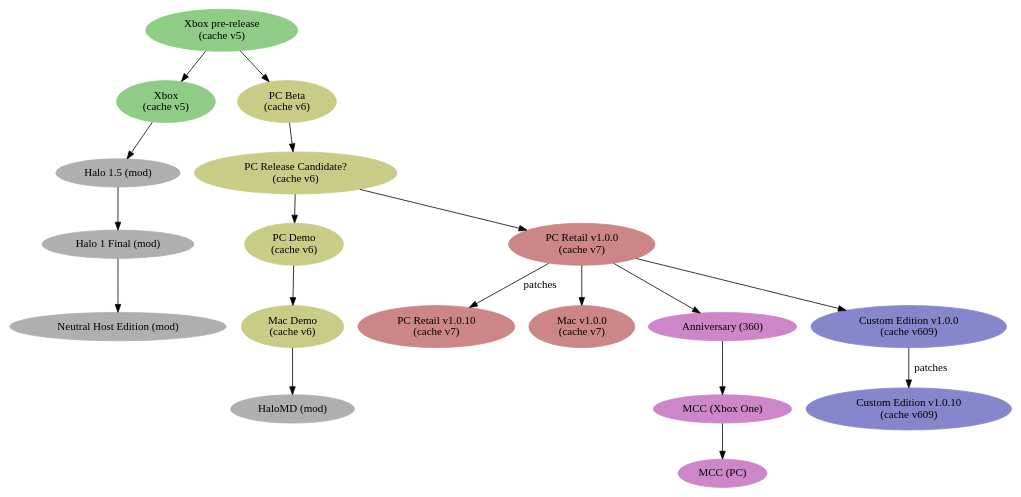
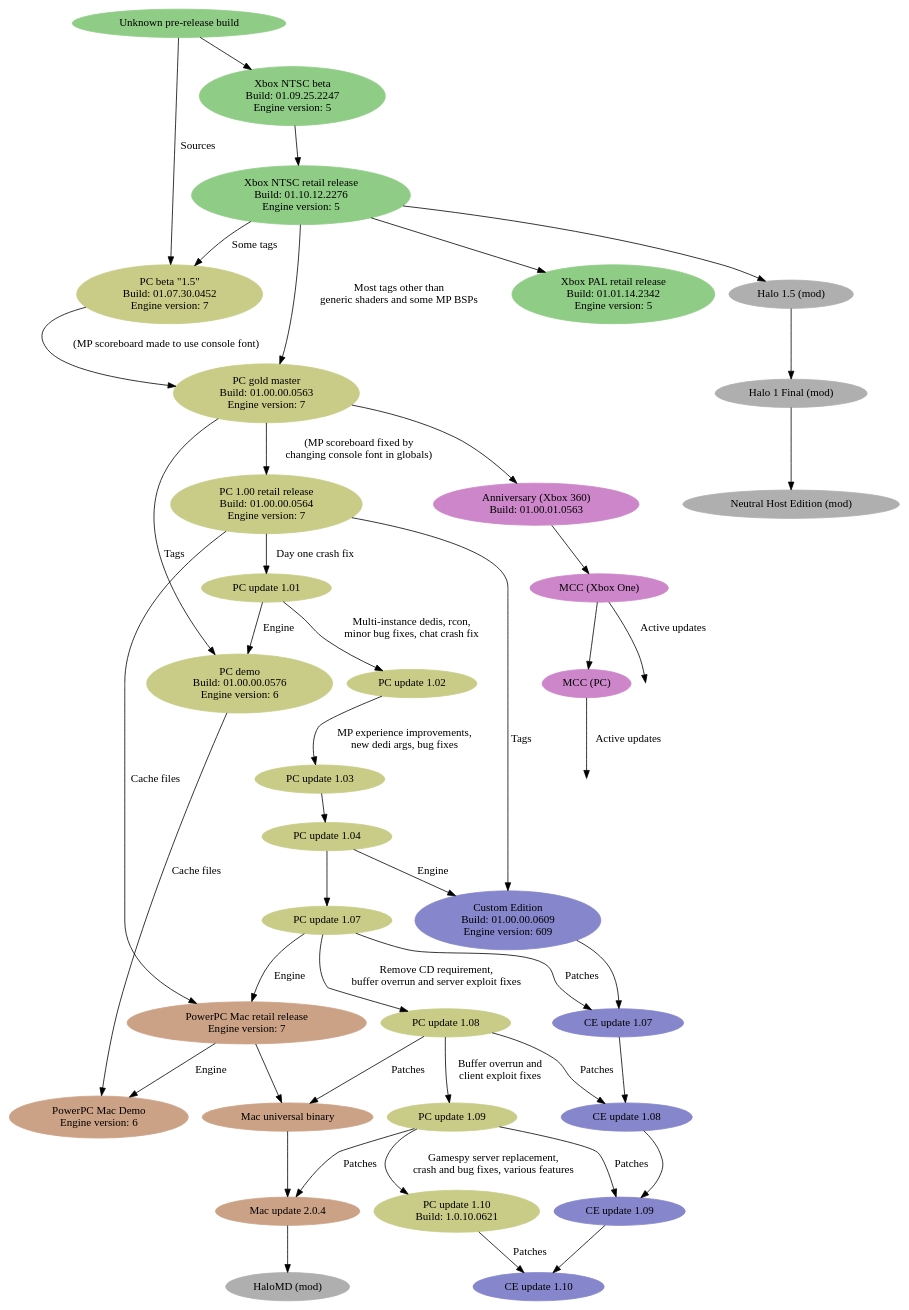
One commit to Sigmmma/c20 changed the diagram in src/content/games/h1/games.dot. Above: the diagram before and after it, drawn with Graphviz. The commit also changed 2 other files, not shown here.

Commit message:
H1 diagram updates

```diff
--- a/src/content/games/h1/games.dot
+++ b/src/content/games/h1/games.dot
@@ -1,63 +1,110 @@
 digraph G {
-  # cache v5
+  # xbox
   node [style=filled color="#8fcc86"]
-  pre [label="Xbox pre-release\n(cache v5)"];
-  h1x [label="Xbox\n(cache v5)"];
+  xbox_pre [label="Unknown pre-release build"]
+  xbox_ntsc_beta [label="Xbox NTSC beta\nBuild: 01.09.25.2247\nEngine version: 5"]
+  xbox_ntsc_retail [label="Xbox NTSC retail release\nBuild: 01.10.12.2276\nEngine version: 5"]
+  xbox_pal_retail [label="Xbox PAL retail release\nBuild: 01.01.14.2342\nEngine version: 5"]
 
-  # cache v6
+  # pc
   node [style=filled color="#c8cc86"];
-  pc_beta [label="PC Beta\n(cache v6)"];
-  pc_rc [label="PC Release Candidate?\n(cache v6)"];
-  pc_demo [label="PC Demo\n(cache v6)"];
-  mac_demo [label="Mac Demo\n(cache v6)"];
+  pc_beta [label="PC beta \"1.5\"\nBuild: 01.07.30.0452\nEngine version: 7"];
+  pc_gold [label="PC gold master\nBuild: 01.00.00.0563\nEngine version: 7"];
+  pc_100 [label="PC 1.00 retail release\nBuild: 01.00.00.0564\nEngine version: 7"];
+  pc_101 [label="PC update 1.01"];
+  pc_102 [label="PC update 1.02"];
+  pc_103 [label="PC update 1.03"];
+  pc_104 [label="PC update 1.04"];
+  pc_107 [label="PC update 1.07"];
+  pc_108 [label="PC update 1.08"];
+  pc_109 [label="PC update 1.09"];
+  pc_110 [label="PC update 1.10\nBuild: 1.0.10.0621"];
+  pc_demo [label="PC demo\nBuild: 01.00.00.0576\nEngine version: 6"];
 
-  # cache v7
-  node [style=filled color="#cc8686"];
-  pc_100 [label="PC Retail v1.0.0\n(cache v7)"];
-  pc_110 [label="PC Retail v1.0.10\n(cache v7)"];
-  mac [label="Mac v1.0.0\n(cache v7)"];
+  # custom edition
+  node [style=filled color="#8686cc"];
+  ce_100 [label="Custom Edition\nBuild: 01.00.00.0609\nEngine version: 609"];
+  ce_107 [label="CE update 1.07"];
+  ce_108 [label="CE update 1.08"];
+  ce_109 [label="CE update 1.09"];
+  ce_110 [label="CE update 1.10"];
 
-  # cache v7 kinda (invader v563)
+  # mac
+  node [style=filled color="#cca286"];
+  mac_retail [label="PowerPC Mac retail release\nEngine version: 7"];
+  mac_universal [label="Mac universal binary"];
+  mac_204 [label="Mac update 2.0.4"];
+  mac_demo [label="PowerPC Mac Demo\nEngine version: 6"];
+
+  # anniversary (invader uses cache v563)
   node [style=filled color="#cc86c9"];
-  ann [label="Anniversary (360)"]; #\n(cache v563)
-  mccx [label="MCC (Xbox One)"];
-  mccpc [label="MCC (PC)"];
-
-  # cache v609
-  node [style=filled color="#8686cc"];
-  ce_100 [label="Custom Edition v1.0.0\n(cache v609)"];
-  ce_110 [label="Custom Edition v1.0.10\n(cache v609)"];
+  ann [label="Anniversary (Xbox 360)\nBuild: 01.00.01.0563"];
+  mcc_xbone [label="MCC (Xbox One)"];
+  mcc_pc [label="MCC (PC)"];
+  mcc_pc_live [label="", fixedsize="false", width=0, height=0, shape=none];
+  mcc_xbone_live [label="", fixedsize="false", width=0, height=0, shape=none];
 
   #mods
   node [style=filled color="#afafaf"];
   h15 [label="Halo 1.5 (mod)"];
   h1final [label="Halo 1 Final (mod)"];
   nhe [label="Neutral Host Edition (mod)"];
   halomd [label="HaloMD (mod)"];
 
-  pre -> h1x;
+  # xbox line
+  xbox_pre -> xbox_ntsc_beta;
+  xbox_ntsc_beta -> xbox_ntsc_retail;
+  xbox_ntsc_retail -> xbox_pal_retail;
 
-  # gearbox pc lineage
-  pre -> pc_beta;
-  pc_beta -> pc_rc;
-  pc_rc -> pc_100;
-  pc_100 -> pc_110 [label="patches"];
+  # gearbox pc line
+  xbox_pre -> pc_beta [label="Sources"];
+  xbox_ntsc_retail -> pc_beta [label="Some tags"];
+  pc_beta -> pc_gold [label="(MP scoreboard made to use console font)"];
+  xbox_ntsc_retail -> pc_gold [label="Most tags other than\ngeneric shaders and some MP BSPs"];
+  pc_gold -> pc_100 [label="(MP scoreboard fixed by\nchanging console font in globals)"];
+  pc_100 -> pc_101 [label="Day one crash fix"];
+  pc_101 -> pc_102 [label="Multi-instance dedis, rcon,\nminor bug fixes, chat crash fix"];
+  pc_102 -> pc_103 [label="MP experience improvements,\nnew dedi args, bug fixes"];
+  pc_103 -> pc_104;
+  pc_104 -> pc_107;
+  pc_107 -> pc_108 [label="Remove CD requirement,\nbuffer overrun and server exploit fixes"];
+  pc_108 -> pc_109 [label="Buffer overrun and\nclient exploit fixes"];
+  pc_109 -> pc_110 [label="Gamespy server replacement,\ncrash and bug fixes, various features"];
+  pc_gold -> pc_demo [label="Tags"];
+  pc_101 -> pc_demo [label="Engine"];
 
-  # pc forks
-  pc_100 -> ce_100;
-  ce_100 -> ce_110 [label="patches"];
-  pc_100 -> mac;
-  pc_rc -> pc_demo;
-  pc_demo -> mac_demo;
+  # custom edition line
+  pc_104 -> ce_100 [label="Engine"];
+  pc_100 -> ce_100 [label="Tags"];
+  ce_100 -> ce_107;
+  pc_107 -> ce_107 [label="Patches"];
+  ce_107 -> ce_108;
+  pc_108 -> ce_108 [label="Patches"];
+  ce_108 -> ce_109;
+  pc_109 -> ce_109 [label="Patches"];
+  ce_109 -> ce_110;
+  pc_110 -> ce_110 [label="Patches"];
 
-  #xbox mods
-  h1x -> h15;
+  # mac
+  pc_demo -> mac_demo [label="Cache files"];
+  pc_100 -> mac_retail [label="Cache files"];
+  pc_107 -> mac_retail [label="Engine"];
+  mac_retail -> mac_demo [label="Engine"];
+  mac_retail -> mac_universal;
+  pc_108 -> mac_universal [label="Patches"];
+  mac_universal -> mac_204;
+  pc_109 -> mac_204 [label="Patches"];
+
+  # mods
+  xbox_ntsc_retail -> h15;
   h15 -> h1final;
   h1final -> nhe;
-  mac_demo -> halomd;
+  mac_204 -> halomd;
 
   # cea and mcc
-  pc_100 -> ann;
-  ann -> mccx;
-  mccx -> mccpc;
+  pc_gold -> ann;
+  ann -> mcc_xbone;
+  mcc_xbone -> mcc_pc;
+  mcc_xbone -> mcc_xbone_live [label="Active updates"];
+  mcc_pc -> mcc_pc_live [label="Active updates"];
 }
```
